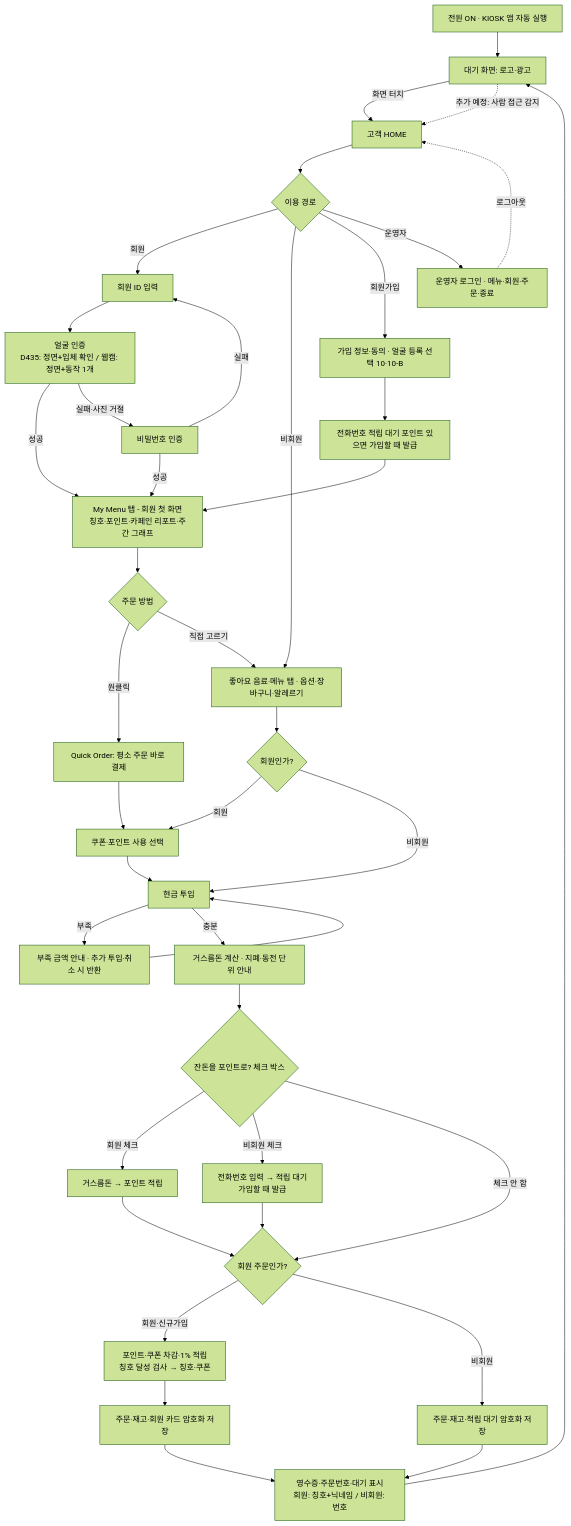
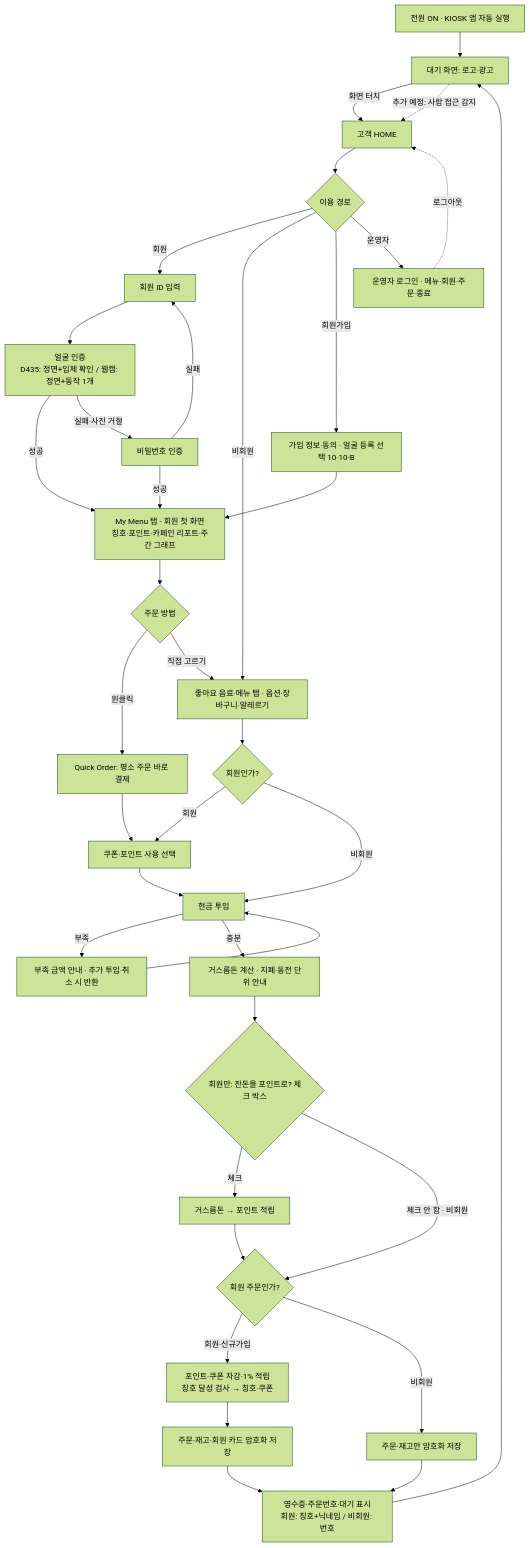
One commit to BONGMIN-AI/KIOSK-program changed the second of 2 diagrams in docs/FLOWCHART_AND_WIREFRAME.md. Above: the diagram before and after it, drawn with Mermaid (forest theme). The commit also changed other lines of this file, not shown here.

Commit message:
v2 플로차트: 잔돈 포인트 전환을 회원 전용으로 변경

````diff
--- a/docs/FLOWCHART_AND_WIREFRAME.md
+++ b/docs/FLOWCHART_AND_WIREFRAME.md
@@ -116,41 +116,38 @@
 ```mermaid
 flowchart TD
     A[전원 ON · KIOSK 앱 자동 실행] --> W[대기 화면: 로고·광고]
     W -->|화면 터치| D[고객 HOME]
     W -. 추가 예정: 사람 접근 감지 .-> D
     D --> E{이용 경로}
     E -->|회원| F[회원 ID 입력]
     F --> G[얼굴 인증<br/>D435: 정면+입체 확인 / 웹캠: 정면+동작 1개]
     G -->|성공| MM
     G -->|실패·사진 거절| PW[비밀번호 인증]
     PW -->|성공| MM
     PW -->|실패| F
     E -->|비회원| T
     E -->|회원가입| K[가입 정보·동의 · 얼굴 등록 선택 10·10-B]
-    K --> K2[전화번호 적립 대기 포인트 있으면 가입할 때 발급]
-    K2 --> MM
+    K --> MM
     E -->|운영자| H[운영자 로그인 · 메뉴·회원·주문·종료]
     H -. 로그아웃 .-> D
     MM[My Menu 탭 - 회원 첫 화면<br/>칭호·포인트·카페인 리포트·주간 그래프] --> Q{주문 방법}
     Q -->|원클릭| QO[Quick Order: 평소 주문 바로 결제]
     Q -->|직접 고르기| T[좋아요 음료·메뉴 탭 · 옵션·장바구니·알레르기]
     QO --> B1[쿠폰·포인트 사용 선택]
     T --> M2{회원인가?}
     M2 -->|회원| B1
     M2 -->|비회원| N[현금 투입]
     B1 --> N
     N -->|부족| N1[부족 금액 안내 · 추가 투입·취소 시 반환] --> N
     N -->|충분| O[거스름돈 계산 · 지폐·동전 단위 안내]
-    O --> C{잔돈을 포인트로? 체크 박스}
-    C -->|회원 체크| C1[거스름돈 → 포인트 적립]
-    C -->|비회원 체크| C2[전화번호 입력 → 적립 대기<br/>가입할 때 발급]
-    C -->|체크 안 함| R
+    O --> C{회원만: 잔돈을 포인트로? 체크 박스}
+    C -->|체크| C1[거스름돈 → 포인트 적립]
+    C -->|체크 안 함 · 비회원| R
     C1 --> R{회원 주문인가?}
-    C2 --> R
     R -->|회원·신규가입| P1[포인트·쿠폰 차감·1% 적립<br/>칭호 달성 검사 → 칭호·쿠폰]
     P1 --> S1[주문·재고·회원 카드 암호화 저장]
-    R -->|비회원| S2[주문·재고·적립 대기 암호화 저장]
+    R -->|비회원| S2[주문·재고만 암호화 저장]
     S1 --> RC[영수증·주문번호·대기 표시<br/>회원: 칭호+닉네임 / 비회원: 번호]
     S2 --> RC
     RC --> W
 ```
````
